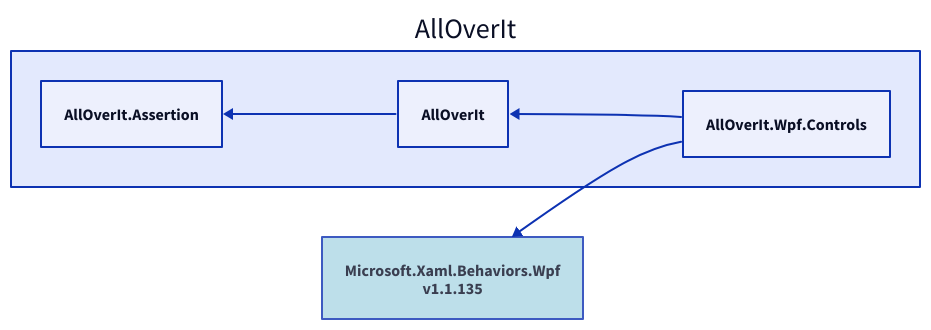
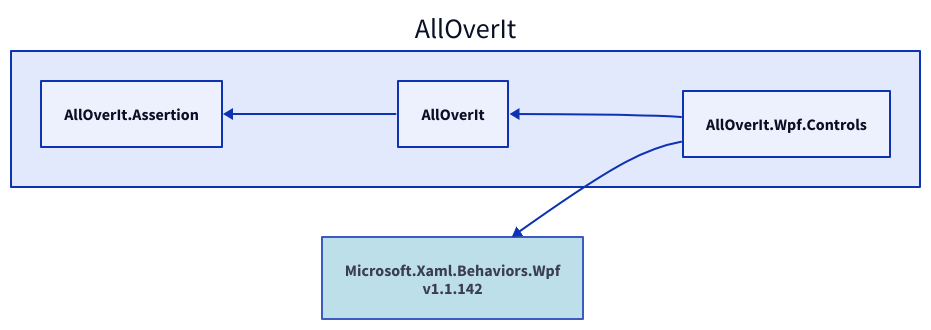
Before and after one commit to mjfreelancing/AllOverIt: the diagram in Docs/Reference/Content/images/dependencies/net9.0/alloverit-wpf-controls.d2, drawn with D2. The commit also changed 132 other files, not shown here.

```diff
--- a/Docs/Reference/Content/images/dependencies/net9.0/alloverit-wpf-controls.d2
+++ b/Docs/Reference/Content/images/dependencies/net9.0/alloverit-wpf-controls.d2
@@ -1,12 +1,12 @@
 direction: left
 
 aoi: AllOverIt
 aoi.alloverit-wpf-controls: AllOverIt.Wpf.Controls
-microsoft-xaml-behaviors-wpf_1-1-135: Microsoft.Xaml.Behaviors.Wpf\nv1.1.135
-microsoft-xaml-behaviors-wpf_1-1-135.style.fill: "#ADD8E6"
-microsoft-xaml-behaviors-wpf_1-1-135.style.opacity: 0.8
-microsoft-xaml-behaviors-wpf_1-1-135 <- aoi.alloverit-wpf-controls
+microsoft-xaml-behaviors-wpf_1-1-142: Microsoft.Xaml.Behaviors.Wpf\nv1.1.142
+microsoft-xaml-behaviors-wpf_1-1-142.style.fill: "#ADD8E6"
+microsoft-xaml-behaviors-wpf_1-1-142.style.opacity: 0.8
+microsoft-xaml-behaviors-wpf_1-1-142 <- aoi.alloverit-wpf-controls
 aoi.alloverit: AllOverIt
 aoi.alloverit-assertion: AllOverIt.Assertion
 aoi.alloverit-assertion <- aoi.alloverit
 aoi.alloverit <- aoi.alloverit-wpf-controls
```
